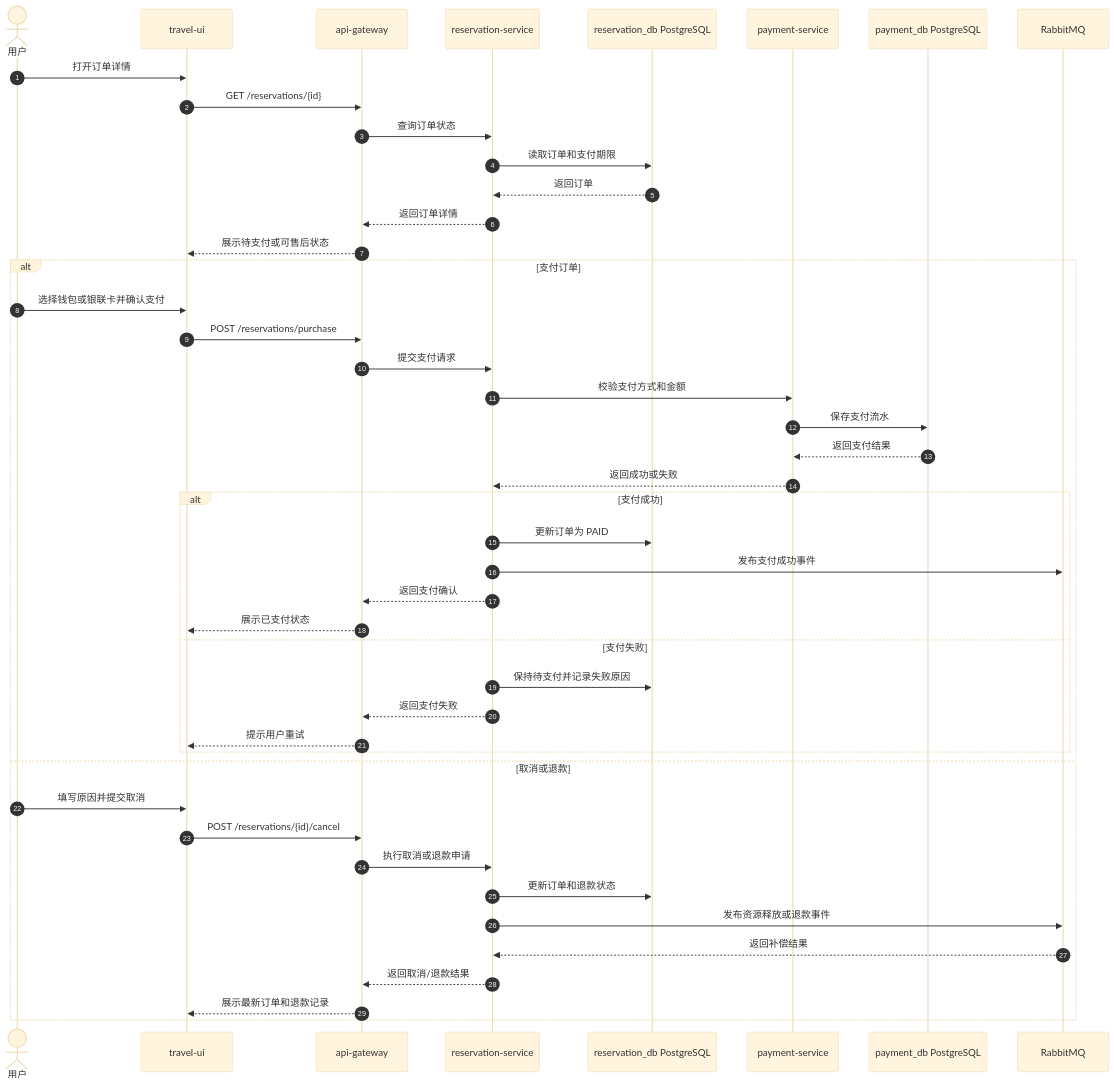
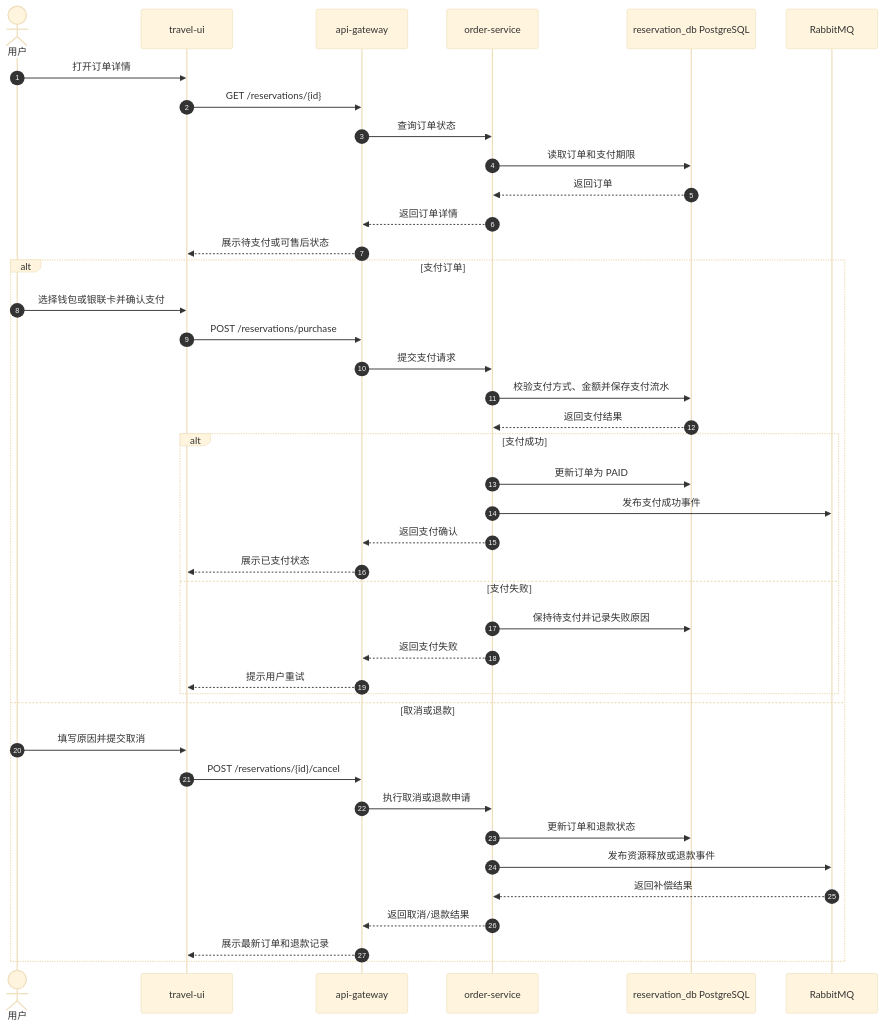
Before and after one commit to QzlabQ/TravelOn: the sixth of 9 diagrams in docs/概要设计.md, drawn with Mermaid (base theme). The commit also changed other lines of this file and 11 other files, not shown here.

````diff
--- a/docs/概要设计.md
+++ b/docs/概要设计.md
@@ -524,49 +511,45 @@
 ```mermaid
 sequenceDiagram
     autonumber
     actor User as 用户
     participant UI as travel-ui
     participant GW as api-gateway
-    participant RS as reservation-service
+    participant RS as order-service
     participant RDB as reservation_db PostgreSQL
-    participant PS as payment-service
-    participant PDB as payment_db PostgreSQL
     participant MQ as RabbitMQ
 
     User->>UI: 打开订单详情
     UI->>GW: GET /reservations/{id}
     GW->>RS: 查询订单状态
     RS->>RDB: 读取订单和支付期限
     RDB-->>RS: 返回订单
     RS-->>GW: 返回订单详情
     GW-->>UI: 展示待支付或可售后状态
 
     alt 支付订单
         User->>UI: 选择钱包或银联卡并确认支付
         UI->>GW: POST /reservations/purchase
         GW->>RS: 提交支付请求
-        RS->>PS: 校验支付方式和金额
-        PS->>PDB: 保存支付流水
-        PDB-->>PS: 返回支付结果
-        PS-->>RS: 返回成功或失败
+        RS->>RDB: 校验支付方式、金额并保存支付流水
+        RDB-->>RS: 返回支付结果
         alt 支付成功
             RS->>RDB: 更新订单为 PAID
             RS->>MQ: 发布支付成功事件
             RS-->>GW: 返回支付确认
             GW-->>UI: 展示已支付状态
         else 支付失败
             RS->>RDB: 保持待支付并记录失败原因
             RS-->>GW: 返回支付失败
             GW-->>UI: 提示用户重试
         end
     else 取消或退款
         User->>UI: 填写原因并提交取消
         UI->>GW: POST /reservations/{id}/cancel
         GW->>RS: 执行取消或退款申请
         RS->>RDB: 更新订单和退款状态
         RS->>MQ: 发布资源释放或退款事件
         MQ-->>RS: 返回补偿结果
         RS-->>GW: 返回取消/退款结果
         GW-->>UI: 展示最新订单和退款记录
     end
 ```
````
